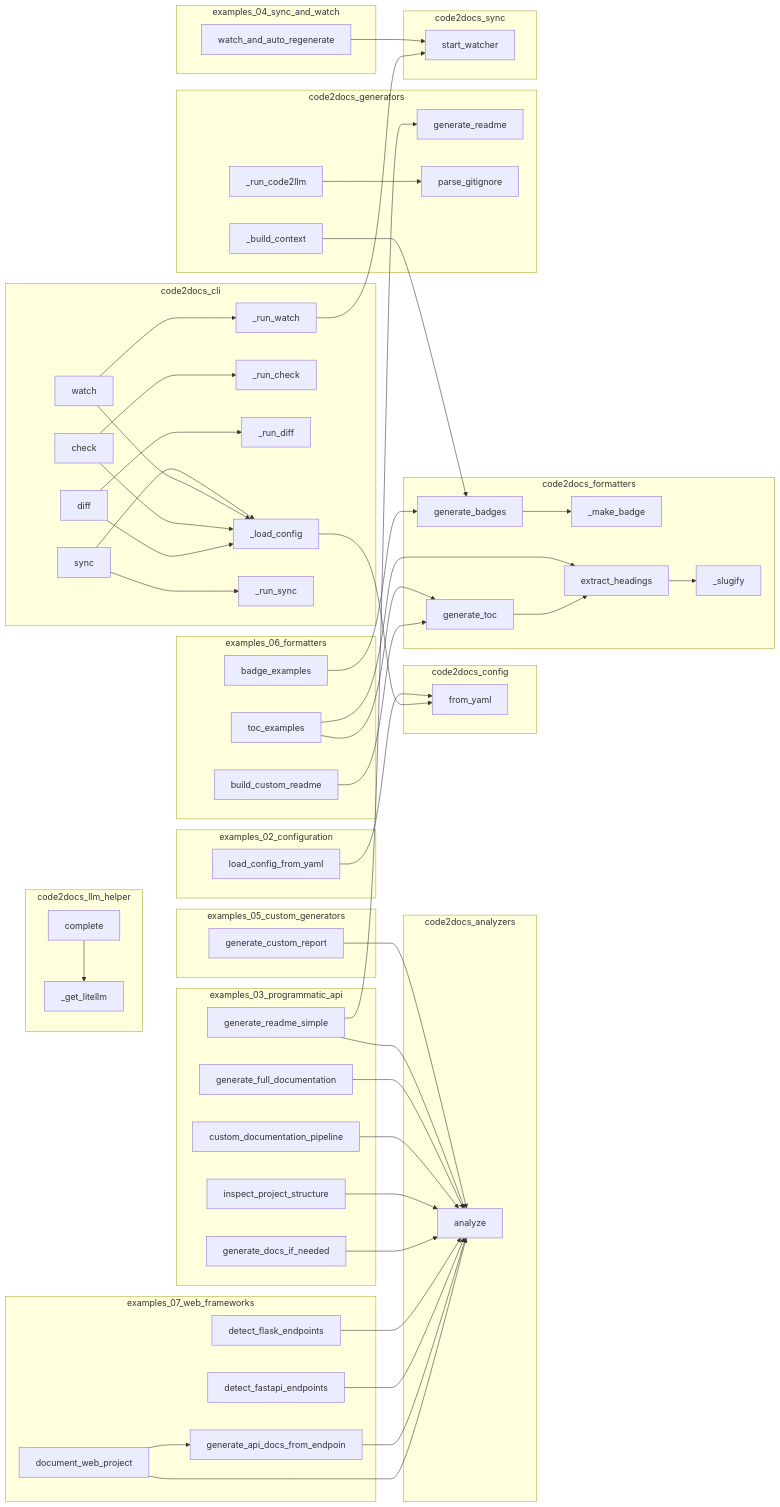
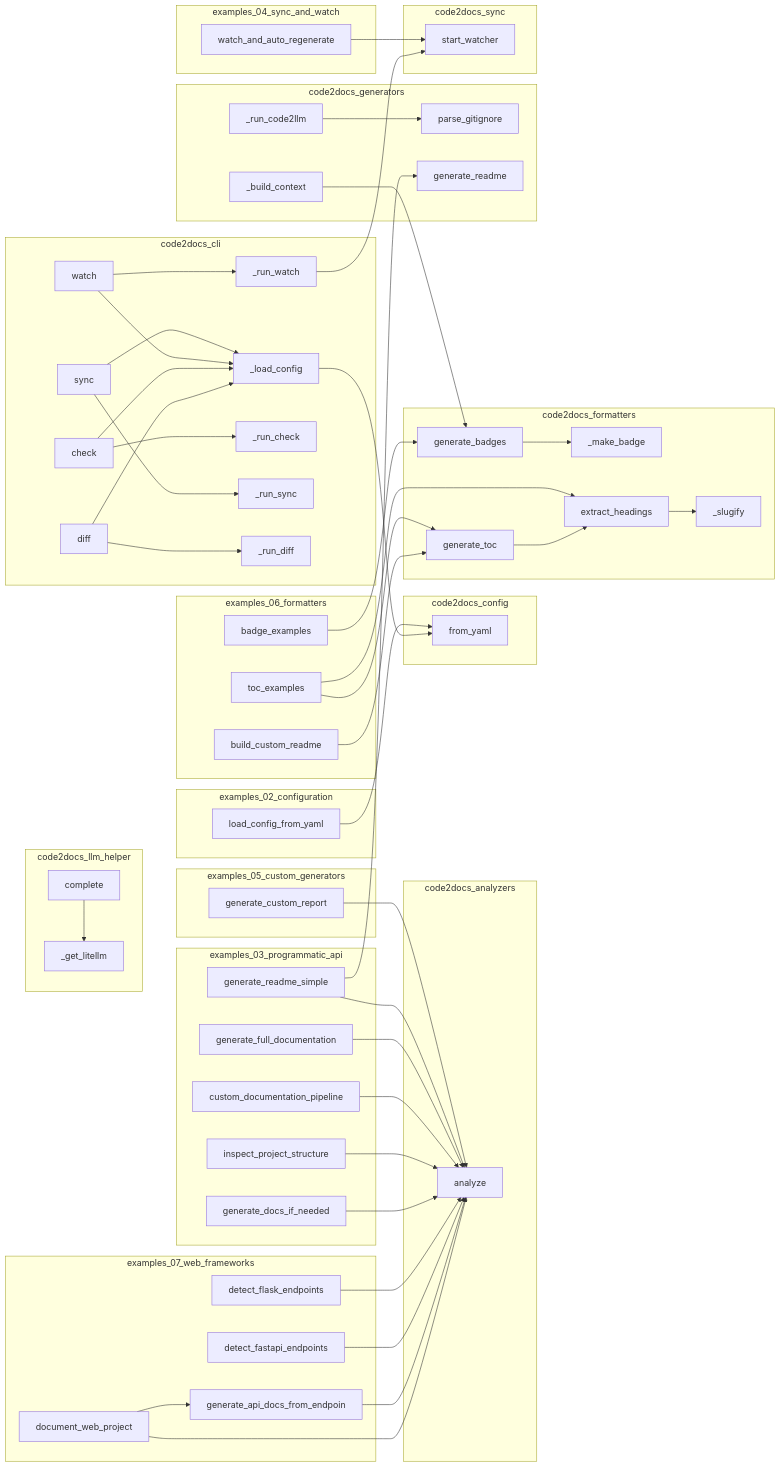
Before and after one commit to wronai/code2docs: the diagram in project/calls.mmd, drawn with Mermaid. The commit also changed other lines of this file and 21 other files, not shown here.

```diff
--- a/project/calls.mmd
+++ b/project/calls.mmd
@@ -1,99 +1,99 @@
 flowchart LR
     subgraph code2docs_analyzers
         code2docs__analyze["analyze"]
     end
     subgraph code2docs_cli
+        code2docs__cli___load_config["_load_config"]
+        code2docs__cli___run_watch["_run_watch"]
         code2docs__cli__sync["sync"]
+        code2docs__cli__watch["watch"]
+        code2docs__cli__diff["diff"]
         code2docs__cli__check["check"]
-        code2docs__cli___run_watch["_run_watch"]
-        code2docs__cli__diff["diff"]
         code2docs__cli___run_check["_run_check"]
+        code2docs__cli___run_sync["_run_sync"]
         code2docs__cli___run_diff["_run_diff"]
-        code2docs__cli___load_config["_load_config"]
-        code2docs__cli__watch["watch"]
-        code2docs__cli___run_sync["_run_sync"]
     end
     subgraph code2docs_config
         code2docs__config__Code2DocsConfig__from_yaml["from_yaml"]
     end
     subgraph code2docs_formatters
         code2docs__formatters__badges___make_badge["_make_badge"]
         code2docs__formatters__badges__generate_badges["generate_badges"]
+        code2docs__formatters__toc__generate_toc["generate_toc"]
         code2docs__formatters__toc___slugify["_slugify"]
-        code2docs__formatters__toc__generate_toc["generate_toc"]
         code2docs__formatters__toc__extract_headings["extract_headings"]
     end
     subgraph code2docs_generators
+        code2docs__parse_gitignore["parse_gitignore"]
         code2docs__generators__readme_gen__generate_readme["generate_readme"]
-        code2docs__parse_gitignore["parse_gitignore"]
+        code2docs___build_context["_build_context"]
         code2docs___run_code2llm["_run_code2llm"]
-        code2docs___build_context["_build_context"]
     end
     subgraph code2docs_llm_helper
+        code2docs__llm_helper__LLMHelper__complete["complete"]
         code2docs__llm_helper___get_litellm["_get_litellm"]
-        code2docs__llm_helper__LLMHelper__complete["complete"]
     end
     subgraph code2docs_sync
         code2docs__sync__watcher__start_watcher["start_watcher"]
     end
     subgraph examples_02_configuration
         examples__02_configuration__load_config_from_yaml["load_config_from_yaml"]
     end
     subgraph examples_03_programmatic_api
+        examples__generate_docs_if_needed["generate_docs_if_needed"]
+        examples__inspect_project_structure["inspect_project_structure"]
+        examples__generate_readme_simple["generate_readme_simple"]
         examples__custom_documentation_pipeline["custom_documentation_pipeline"]
         examples__generate_full_documentation["generate_full_documentation"]
-        examples__generate_readme_simple["generate_readme_simple"]
-        examples__generate_docs_if_needed["generate_docs_if_needed"]
-        examples__inspect_project_structure["inspect_project_structure"]
     end
     subgraph examples_04_sync_and_watch
         examples__watch_and_auto_regenerate["watch_and_auto_regenerate"]
     end
     subgraph examples_05_custom_generators
         examples__generate_custom_report["generate_custom_report"]
     end
     subgraph examples_06_formatters
         examples__06_formatters__toc_examples["toc_examples"]
         examples__06_formatters__build_custom_readme["build_custom_readme"]
         examples__06_formatters__badge_examples["badge_examples"]
     end
     subgraph examples_07_web_frameworks
+        examples__detect_fastapi_endpoints["detect_fastapi_endpoints"]
+        examples__07_web_frameworks__document_web_project["document_web_project"]
         examples__generate_api_docs_from_endpoints["generate_api_docs_from_endpoin"]
-        examples__07_web_frameworks__document_web_project["document_web_project"]
-        examples__detect_fastapi_endpoints["detect_fastapi_endpoints"]
         examples__detect_flask_endpoints["detect_flask_endpoints"]
     end
     code2docs__llm_helper__LLMHelper__complete --> code2docs__llm_helper___get_litellm
     examples__watch_and_auto_regenerate --> code2docs__sync__watcher__start_watcher
     examples__generate_custom_report --> code2docs__analyze
     examples__06_formatters__badge_examples --> code2docs__formatters__badges__generate_badges
     examples__06_formatters__toc_examples --> code2docs__formatters__toc__generate_toc
     examples__06_formatters__toc_examples --> code2docs__formatters__toc__extract_headings
     examples__06_formatters__build_custom_readme --> code2docs__formatters__toc__generate_toc
     examples__generate_readme_simple --> code2docs__analyze
     examples__generate_readme_simple --> code2docs__generators__readme_gen__generate_readme
     examples__generate_full_documentation --> code2docs__analyze
     examples__custom_documentation_pipeline --> code2docs__analyze
     examples__inspect_project_structure --> code2docs__analyze
     examples__generate_docs_if_needed --> code2docs__analyze
     examples__detect_flask_endpoints --> code2docs__analyze
     examples__detect_fastapi_endpoints --> code2docs__analyze
     examples__generate_api_docs_from_endpoints --> code2docs__analyze
     examples__07_web_frameworks__document_web_project --> code2docs__analyze
     examples__07_web_frameworks__document_web_project --> examples__generate_api_docs_from_endpoints
     examples__02_configuration__load_config_from_yaml --> code2docs__config__Code2DocsConfig__from_yaml
     code2docs__formatters__badges__generate_badges --> code2docs__formatters__badges___make_badge
     code2docs__formatters__toc__generate_toc --> code2docs__formatters__toc__extract_headings
     code2docs__formatters__toc__extract_headings --> code2docs__formatters__toc___slugify
+    code2docs___run_code2llm --> code2docs__parse_gitignore
     code2docs___build_context --> code2docs__formatters__badges__generate_badges
-    code2docs___run_code2llm --> code2docs__parse_gitignore
     code2docs__cli__sync --> code2docs__cli___load_config
     code2docs__cli__sync --> code2docs__cli___run_sync
     code2docs__cli__watch --> code2docs__cli___load_config
     code2docs__cli__watch --> code2docs__cli___run_watch
     code2docs__cli__check --> code2docs__cli___load_config
     code2docs__cli__check --> code2docs__cli___run_check
     code2docs__cli__diff --> code2docs__cli___load_config
     code2docs__cli__diff --> code2docs__cli___run_diff
     code2docs__cli___load_config --> code2docs__config__Code2DocsConfig__from_yaml
     code2docs__cli___run_watch --> code2docs__sync__watcher__start_watcher
```
